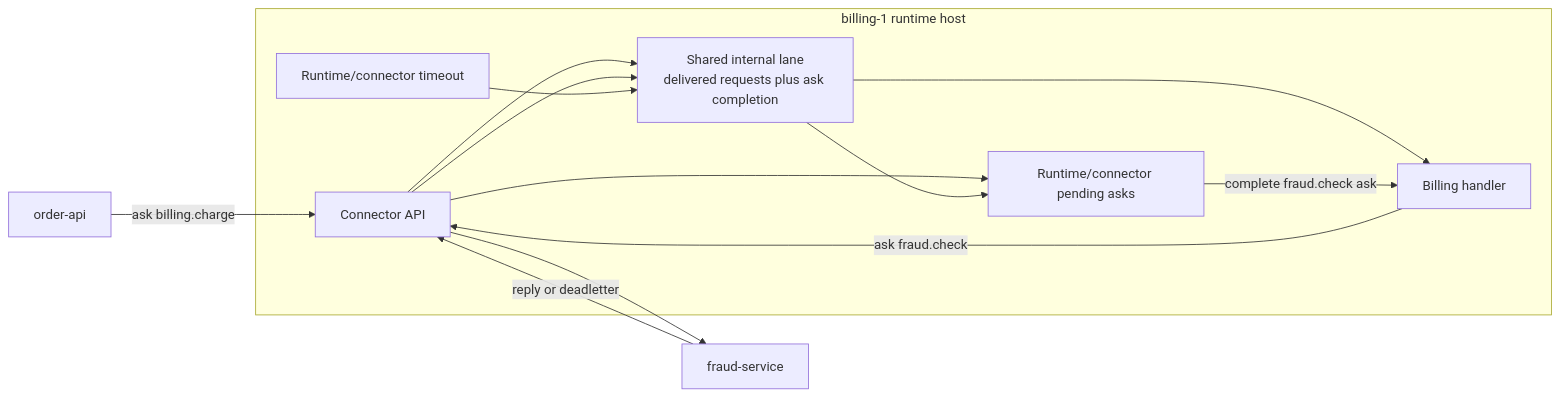
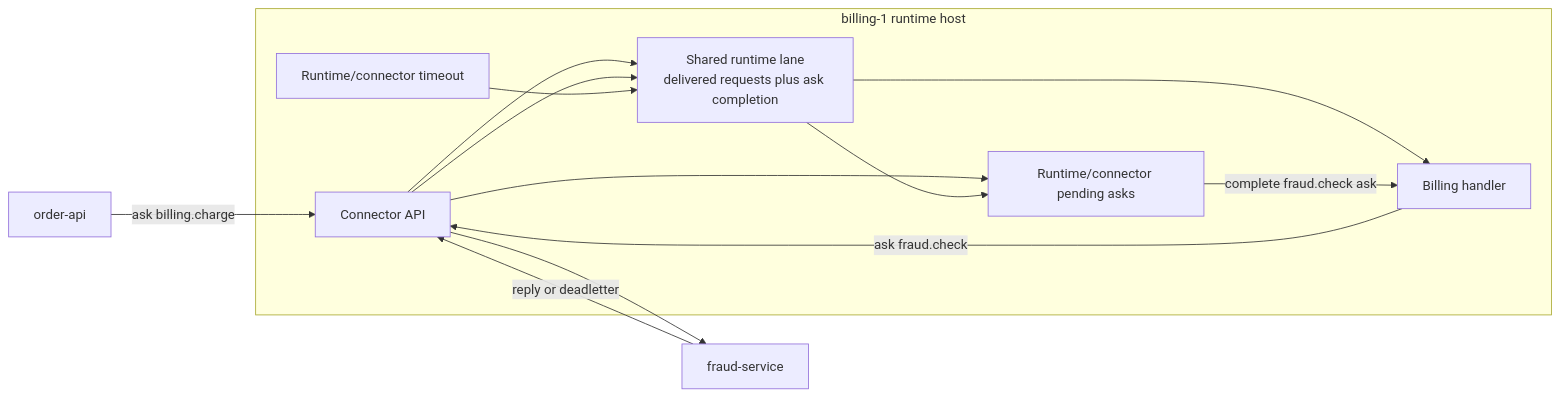
Before and after one commit to phuong-tran/coakka-samples: the seventh of 12 diagrams in docs/runtime-message-and-routing-model.md, drawn with Mermaid. The commit also changed other lines of this file and 64 other files, not shown here.

````diff
--- a/docs/runtime-message-and-routing-model.md
+++ b/docs/runtime-message-and-routing-model.md
@@ -333,25 +333,25 @@
 ```mermaid
 flowchart LR
     order[order-api]
     fraud[fraud-service]
 
     subgraph host[billing-1 runtime host]
         connector[Connector API]
-        sharedLane[Shared internal lane<br/>delivered requests plus ask completion]
+        sharedLane[Shared runtime lane<br/>delivered requests plus ask completion]
         pending[Runtime/connector pending asks]
         timeout[Runtime/connector timeout]
         handler[Billing handler]
     end
 
     order -->|ask billing.charge| connector
     connector --> sharedLane
     sharedLane --> handler
     handler -->|ask fraud.check| connector
     connector --> pending
     connector --> fraud
     fraud -->|reply or deadletter| connector
     connector --> sharedLane
     timeout --> sharedLane
     sharedLane --> pending
     pending -->|complete fraud.check ask| handler
 ```
````
